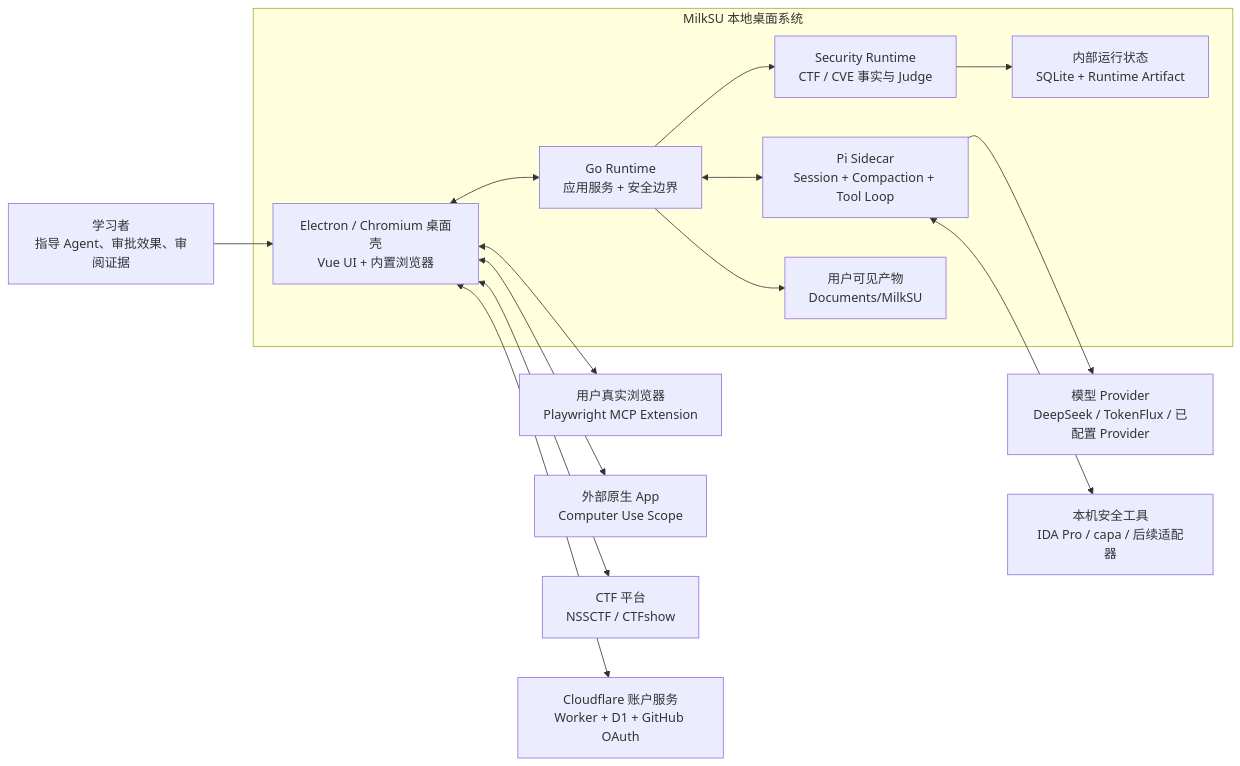
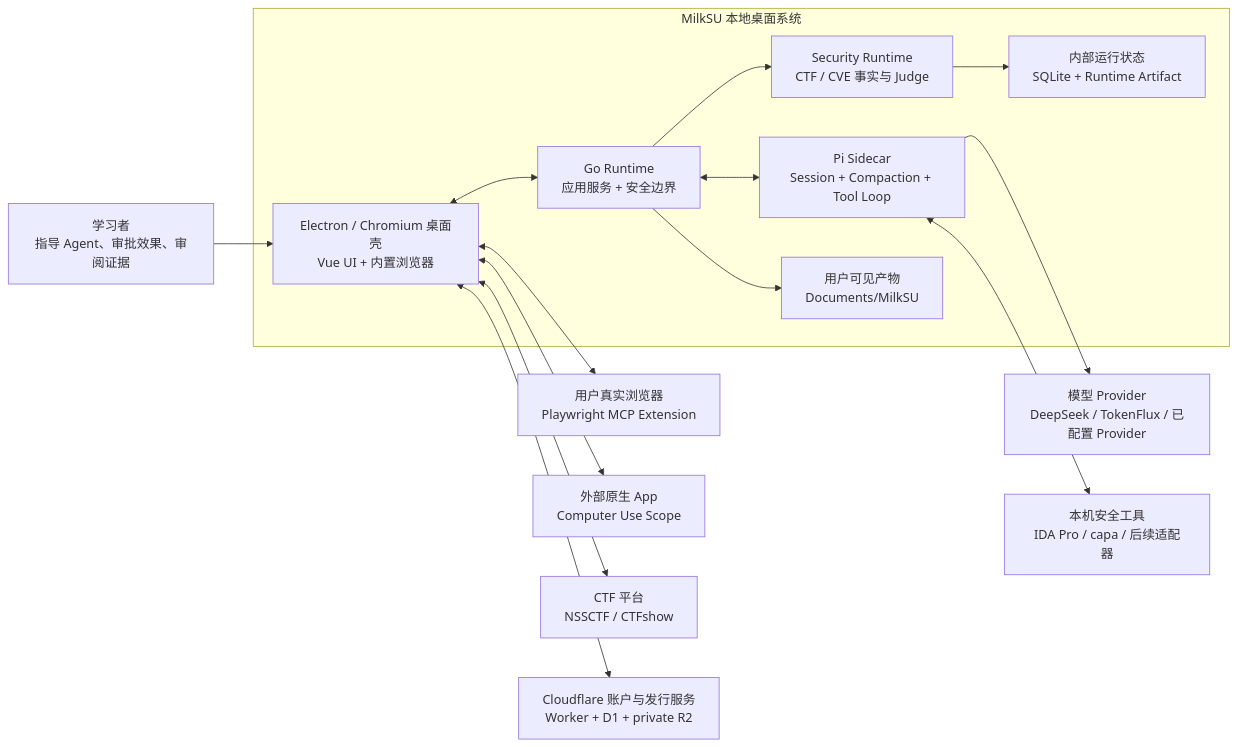
Before and after one commit to MilkSU-Official/milksu: the first of 5 diagrams in docs/architecture/current-system.md, drawn with Mermaid. The commit also changed other lines of this file and 19 other files, not shown here.

Commit message:
feat: add authenticated OTA update flow

````diff
--- a/docs/architecture/current-system.md
+++ b/docs/architecture/current-system.md
@@ -12,31 +12,31 @@
 ```mermaid
 flowchart LR
     learner["学习者<br/>指导 Agent、审批效果、审阅证据"]
     provider["模型 Provider<br/>DeepSeek / TokenFlux / 已配置 Provider"]
     local_tools["本机安全工具<br/>IDA Pro / capa / 后续适配器"]
     user_browser["用户真实浏览器<br/>Playwright MCP Extension"]
     native_apps["外部原生 App<br/>Computer Use Scope"]
     ctf_platforms["CTF 平台<br/>NSSCTF / CTFshow"]
-    account_cloud["Cloudflare 账户服务<br/>Worker + D1 + GitHub OAuth"]
+    account_cloud["Cloudflare 账户与发行服务<br/>Worker + D1 + private R2"]
 
     subgraph milksu["MilkSU 本地桌面系统"]
         chromium["Electron / Chromium 桌面壳<br/>Vue UI + 内置浏览器"]
         go["Go Runtime<br/>应用服务 + 安全边界"]
         pi["Pi Sidecar<br/>Session + Compaction + Tool Loop"]
         security["Security Runtime<br/>CTF / CVE 事实与 Judge"]
         local["内部运行状态<br/>SQLite + Runtime Artifact"]
         deliverables["用户可见产物<br/>Documents/MilkSU"]
     end
 
     learner --> chromium
     chromium <--> go
     go <--> pi
     pi --> provider
     pi <--> local_tools
     go --> security --> local
     go --> deliverables
     chromium <--> user_browser
     chromium <--> native_apps
     chromium <--> ctf_platforms
     chromium <--> account_cloud
 ```
````
